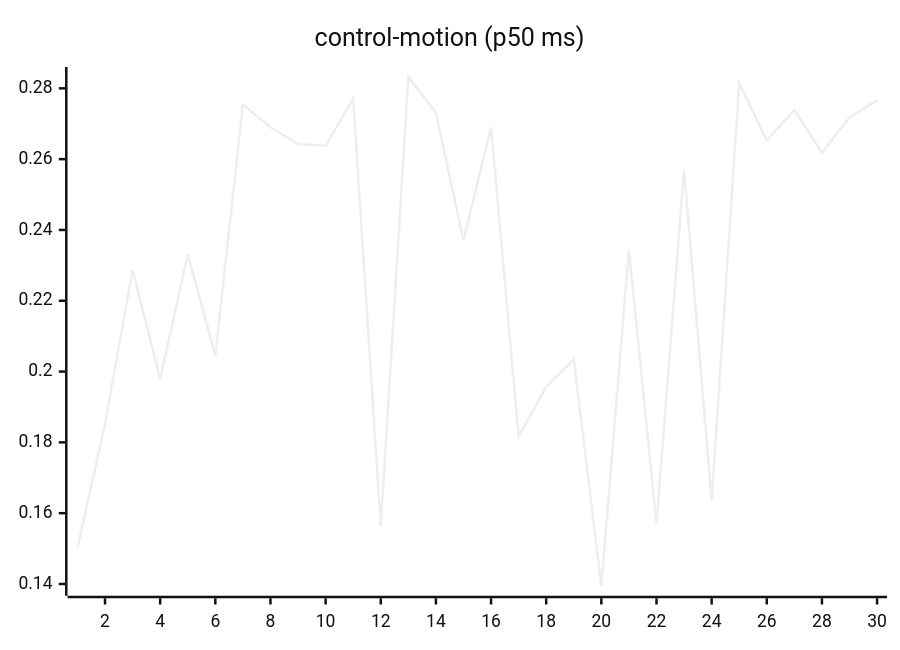
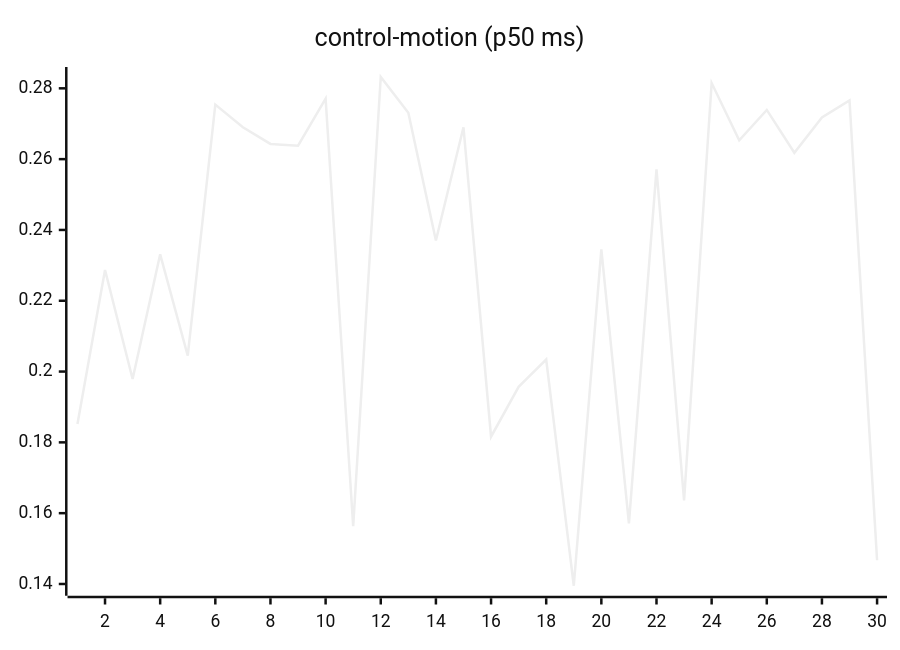
The seventh of 27 diagrams in README.md (josha/Facet), drawn with Mermaid (neutral theme) before and after one commit. The commit also changed other lines of this file and 2 other files, not shown here.

````diff
--- a/README.md
+++ b/README.md
@@ -105,6 +105,6 @@
 ```mermaid
 xychart-beta
     title "control-motion (p50 ms)"
     x-axis 1 --> 30
-    line [0.1502, 0.1852, 0.2287, 0.1979, 0.2331, 0.2045, 0.2754, 0.2690, 0.2643, 0.2638, 0.2771, 0.1563, 0.2832, 0.2731, 0.2370, 0.2690, 0.1816, 0.1957, 0.2034, 0.1395, 0.2345, 0.1571, 0.2571, 0.1636, 0.2815, 0.2653, 0.2739, 0.2618, 0.2718, 0.2766]
+    line [0.1852, 0.2287, 0.1979, 0.2331, 0.2045, 0.2754, 0.2690, 0.2643, 0.2638, 0.2771, 0.1563, 0.2832, 0.2731, 0.2370, 0.2690, 0.1816, 0.1957, 0.2034, 0.1395, 0.2345, 0.1571, 0.2571, 0.1636, 0.2815, 0.2653, 0.2739, 0.2618, 0.2718, 0.2766, 0.1467]
 ```
````
